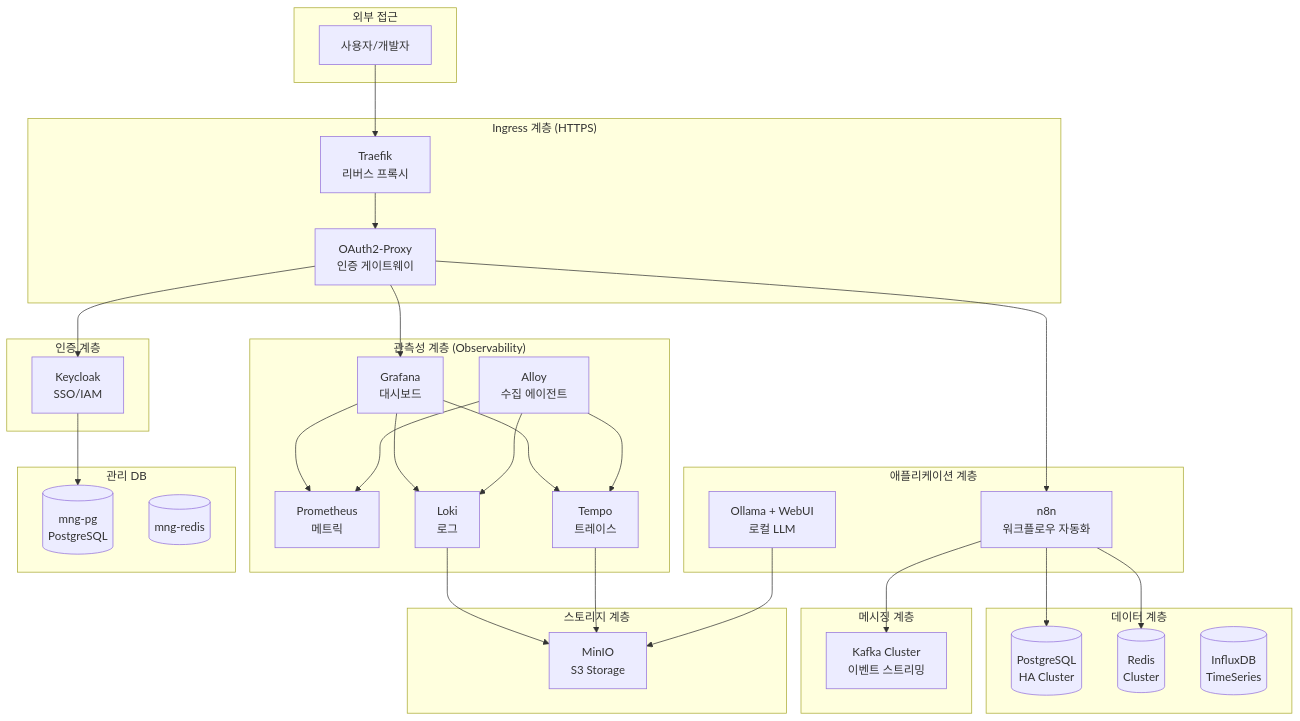
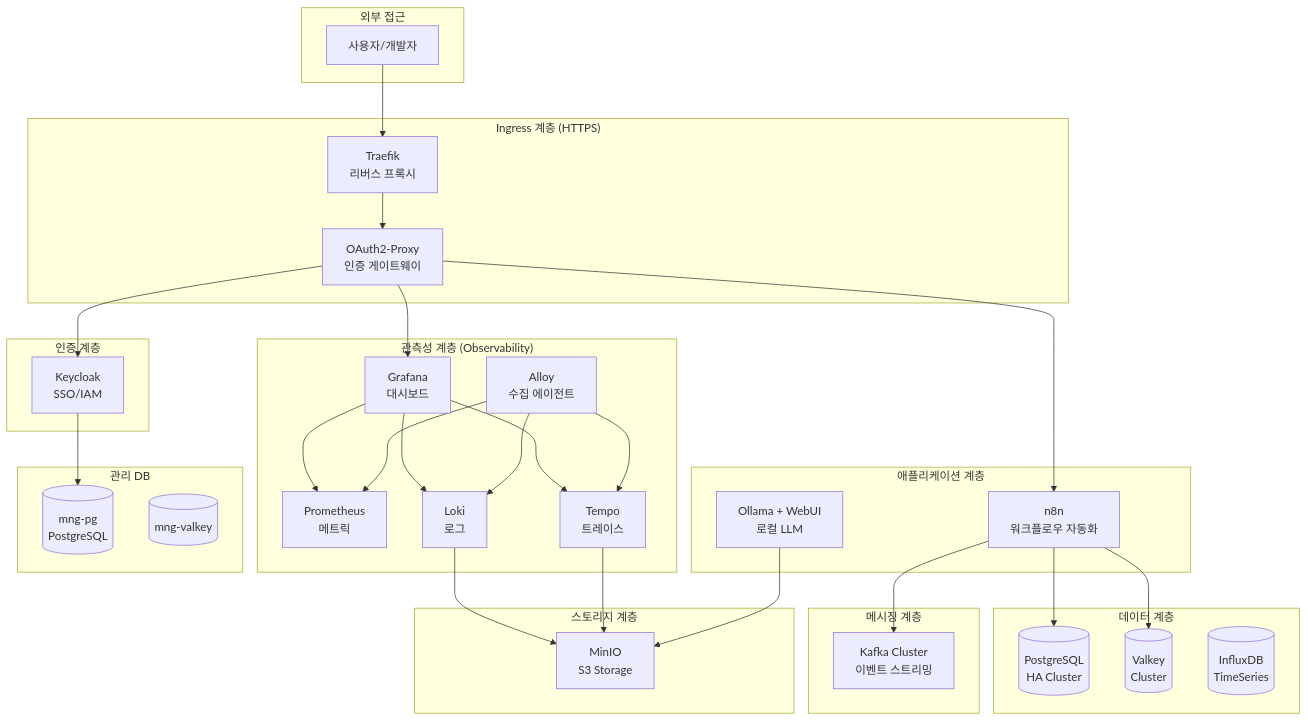
Before and after one commit to buenhyden/hy-home.docker: the diagram in docs/architecture/system-architecture.md, drawn with Mermaid. The commit also changed other lines of this file and 3 other files, not shown here.

````diff
--- a/docs/architecture/system-architecture.md
+++ b/docs/architecture/system-architecture.md
@@ -9,71 +9,71 @@
 ```mermaid
 flowchart TB
     subgraph "외부 접근"
         USER[사용자/개발자]
     end
     
     subgraph "Ingress 계층 (HTTPS)"
         TRAEFIK[Traefik<br/>리버스 프록시]
         OAUTH[OAuth2-Proxy<br/>인증 게이트웨이]
     end
     
     subgraph "인증 계층"
         KC[Keycloak<br/>SSO/IAM]
     end
     
     subgraph "애플리케이션 계층"
         N8N[n8n<br/>워크플로우 자동화]
         OLLAMA[Ollama + WebUI<br/>로컬 LLM]
     end
     
     subgraph "관측성 계층 (Observability)"
         GRAFANA[Grafana<br/>대시보드]
         PROM[Prometheus<br/>메트릭]
         LOKI[Loki<br/>로그]
         TEMPO[Tempo<br/>트레이스]
         ALLOY[Alloy<br/>수집 에이전트]
     end
     
     subgraph "데이터 계층"
         PG[(PostgreSQL<br/>HA Cluster)]
-        REDIS[(Redis<br/>Cluster)]
+        VALKEY[(Valkey<br/>Cluster)]
         INFLUX[(InfluxDB<br/>TimeSeries)]
     end
     
     subgraph "메시징 계층"
         KAFKA[Kafka Cluster<br/>이벤트 스트리밍]
     end
     
     subgraph "스토리지 계층"
         MINIO[MinIO<br/>S3 Storage]
     end
     
     subgraph "관리 DB"
         MNGPG[(mng-pg<br/>PostgreSQL)]
-        MNGREDIS[(mng-redis)]
+        MNGVALKEY[(mng-valkey)]
     end
     
     USER --> TRAEFIK
     TRAEFIK --> OAUTH
     OAUTH --> KC
     OAUTH --> GRAFANA
     OAUTH --> N8N
     
     KC --> MNGPG
     
     GRAFANA --> PROM
     GRAFANA --> LOKI
     GRAFANA --> TEMPO
     
     ALLOY --> PROM
     ALLOY --> LOKI
     ALLOY --> TEMPO
     
     N8N --> PG
-    N8N --> REDIS
+    N8N --> VALKEY
     N8N --> KAFKA
     
     LOKI --> MINIO
     TEMPO --> MINIO
     OLLAMA --> MINIO
 ```
````
